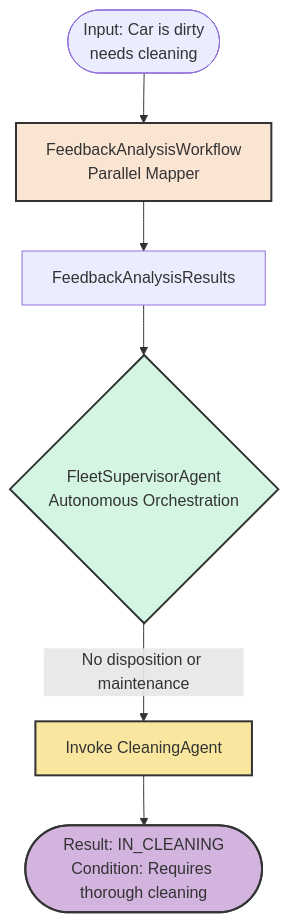
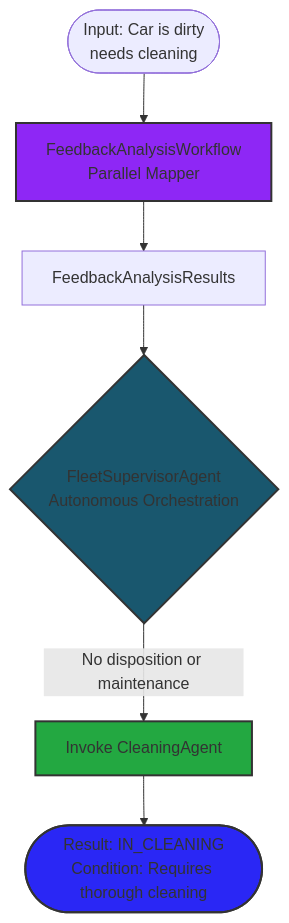
Before and after one commit to OpenLiberty/liberty-workshop-langchain4j: the fifth of 5 diagrams in docs/docs/section-2/step-04.md, drawn with Mermaid. The commit also changed other lines of this file and 12 other files, not shown here.

````diff
--- a/docs/docs/section-2/step-04.md
+++ b/docs/docs/section-2/step-04.md
@@ -567,16 +686,16 @@
 ```mermaid
 flowchart TD
     Start(["Input: Car is dirty<br/>needs cleaning"])
 
     Start --> FW["FeedbackAnalysisWorkflow<br/>Parallel Mapper"]
     FW --> Results["FeedbackAnalysisResults"]
     Results --> FSA{"FleetSupervisorAgent<br/>Autonomous Orchestration"}
 
     FSA -->|"No disposition or maintenance"| CA["Invoke CleaningAgent"]
     CA --> Result(["Result: IN_CLEANING<br/>Condition: Requires thorough cleaning"])
 
-    style FW fill:#FAE5D3,stroke:#333,stroke-width:2,color:#333
-    style FSA fill:#D5F5E3,stroke:#333,stroke-width:2,color:#333
-    style CA fill:#F9E79F,stroke:#333,stroke-width:2,color:#333
-    style Result fill:#D2B4DE,stroke:#333,stroke-width:2,color:#333
+    style FW fill:#8E27F5,stroke:#333,stroke-width:2,color:#333
+    style FSA fill:#19576E,stroke:#333,stroke-width:2,color:#333
+    style CA fill:#23A841,stroke:#333,stroke-width:2,color:#333
+    style Result fill:#2A27F5,stroke:#333,stroke-width:2,color:#333
 ```
````
